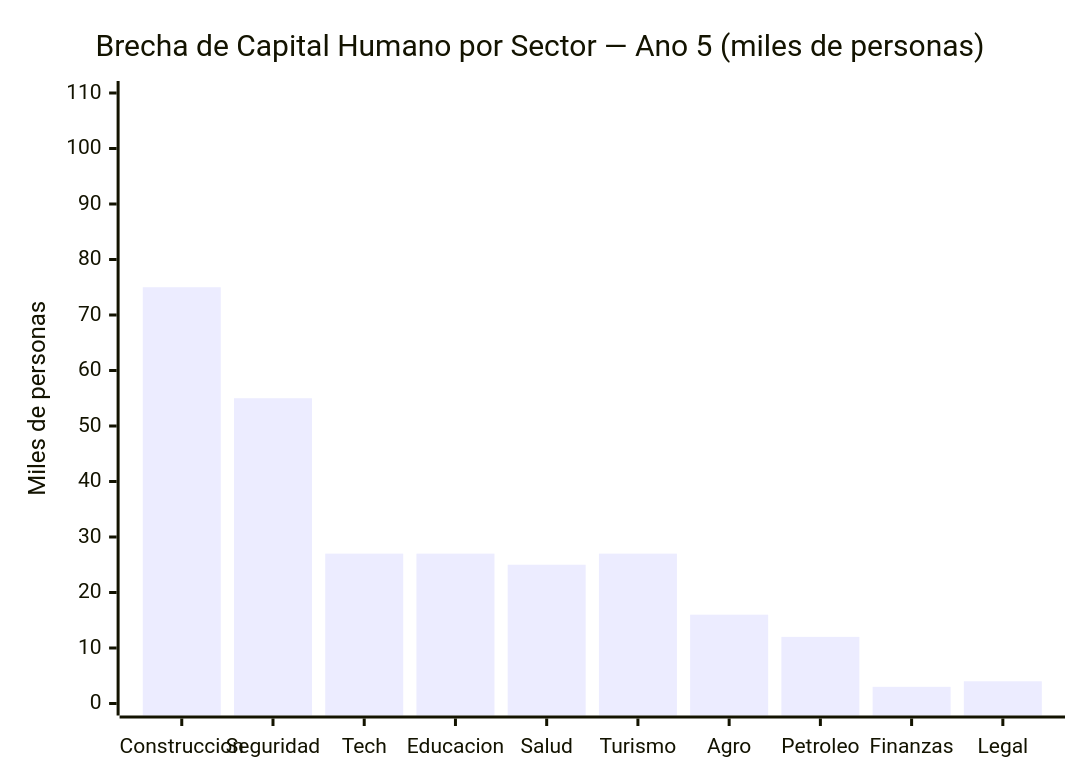
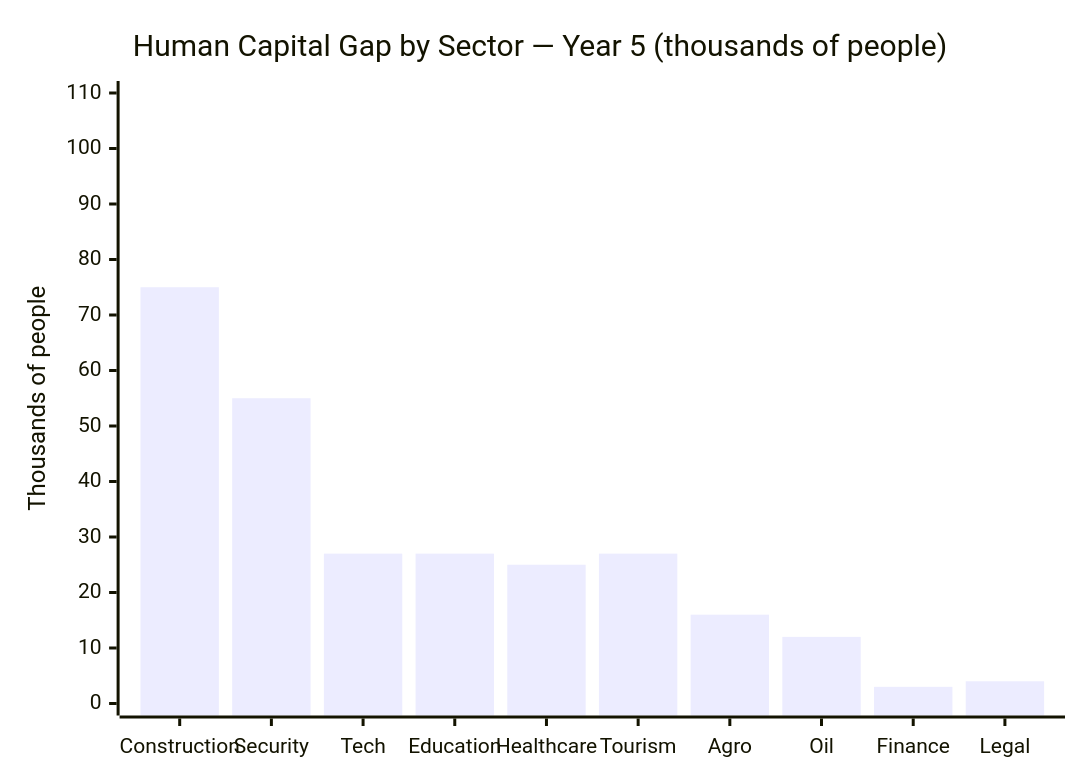
The first of 3 diagrams in i18n/en/docusaurus-plugin-content-docs/current/05-transformacion/capital-humano.md (Venezuela-S-A/venezuela-sa), drawn with Mermaid before and after one commit. The commit also changed other lines of this file and 127 other files, not shown here.

````diff
--- a/i18n/en/docusaurus-plugin-content-docs/current/05-transformacion/capital-humano.md
+++ b/i18n/en/docusaurus-plugin-content-docs/current/05-transformacion/capital-humano.md
@@ -32,7 +32,7 @@
 ```mermaid
 xychart-beta
-    title "Brecha de Capital Humano por Sector — Ano 5 (miles de personas)"
-    x-axis ["Construccion", "Seguridad", "Tech", "Educacion", "Salud", "Turismo", "Agro", "Petroleo", "Finanzas", "Legal"]
-    y-axis "Miles de personas" 0 --> 110
+    title "Human Capital Gap by Sector — Year 5 (thousands of people)"
+    x-axis ["Construction", "Security", "Tech", "Education", "Healthcare", "Tourism", "Agro", "Oil", "Finance", "Legal"]
+    y-axis "Thousands of people" 0 --> 110
     bar [75, 55, 27, 27, 25, 27, 16, 12, 3, 4]
 ```
````
